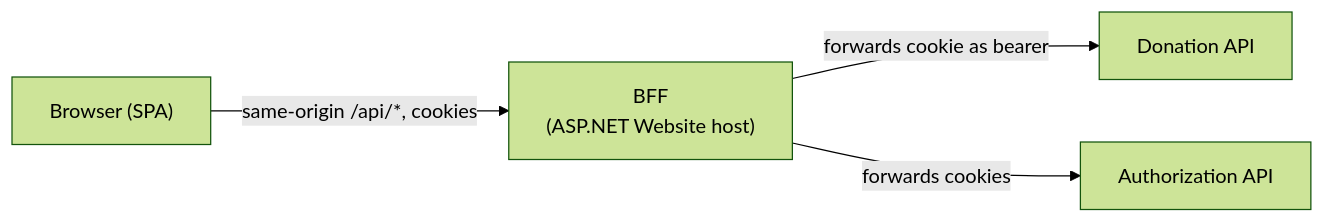
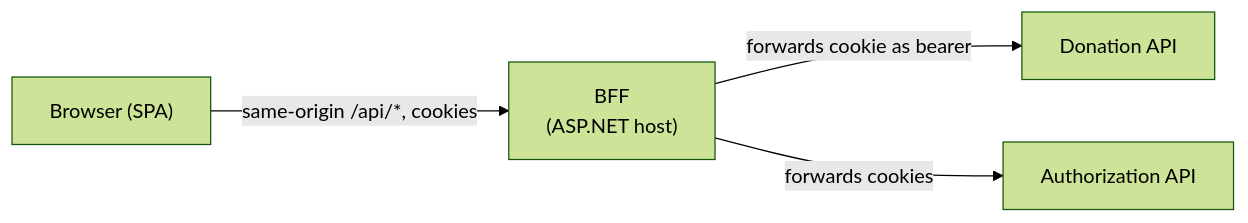
One commit to wouterfennis/TimeForCode changed the diagram in docs/frontend/architecture.md. Above: the diagram before and after it, drawn with Mermaid (forest theme). The commit also changed other lines of this file and 142 other files, not shown here.

````diff
--- a/docs/frontend/architecture.md
+++ b/docs/frontend/architecture.md
@@ -66,11 +86,11 @@
 ```mermaid
 graph LR
     Browser["Browser (SPA)"]
-    BFF["BFF\n(ASP.NET Website host)"]
+    BFF["BFF\n(ASP.NET host)"]
     AuthAPI["Authorization API"]
     DonationAPI["Donation API"]
 
     Browser -->|same-origin /api/*, cookies| BFF
     BFF -->|forwards cookie as bearer| DonationAPI
     BFF -->|forwards cookies| AuthAPI
 ```
````
